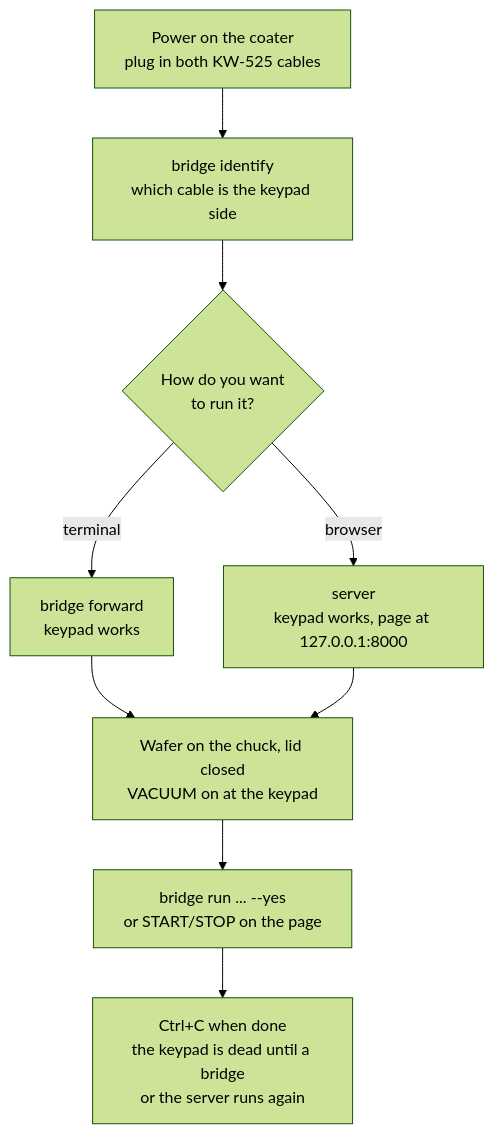
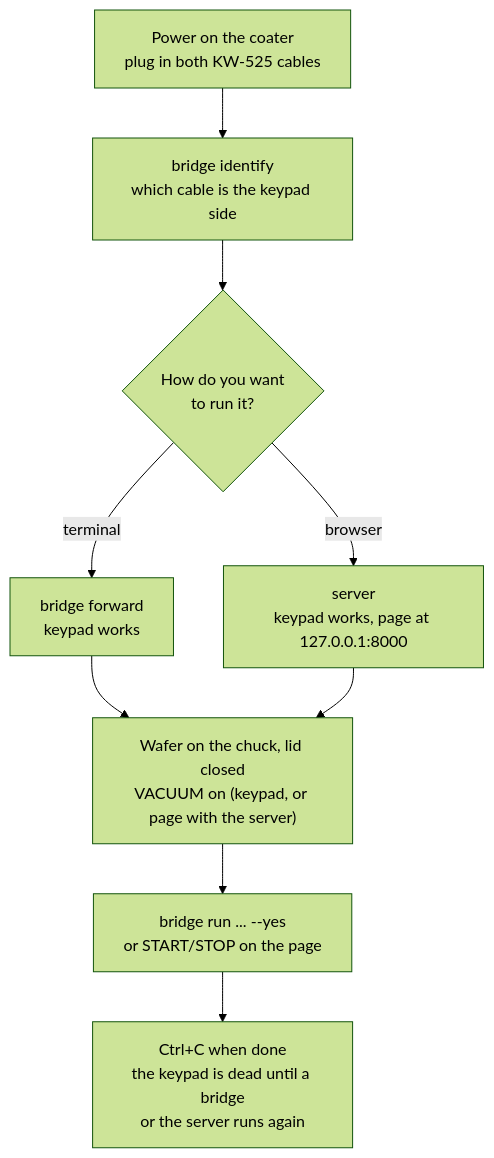
One commit to coport-uni/SpinCoaterAutomationMidas changed the third of 3 diagrams in README.md. Above: the diagram before and after it, drawn with Mermaid (forest theme). The commit also changed other lines of this file and 4 other files, not shown here.

````diff
--- a/README.md
+++ b/README.md
@@ -447,11 +459,11 @@
 ```mermaid
 flowchart TD
     A["Power on the coater<br/>plug in both KW-525 cables"] --> B["bridge identify<br/>which cable is the keypad side"]
     B --> C{"How do you want<br/>to run it?"}
     C -->|terminal| D["bridge forward<br/>keypad works"]
     C -->|browser| E["server<br/>keypad works, page at 127.0.0.1:8000"]
-    D --> F["Wafer on the chuck, lid closed<br/>VACUUM on at the keypad"]
+    D --> F["Wafer on the chuck, lid closed<br/>VACUUM on (keypad, or page with the server)"]
     E --> F
     F --> G["bridge run ... --yes<br/>or START/STOP on the page"]
     G --> H["Ctrl+C when done<br/>the keypad is dead until a bridge<br/>or the server runs again"]
 ```
````
